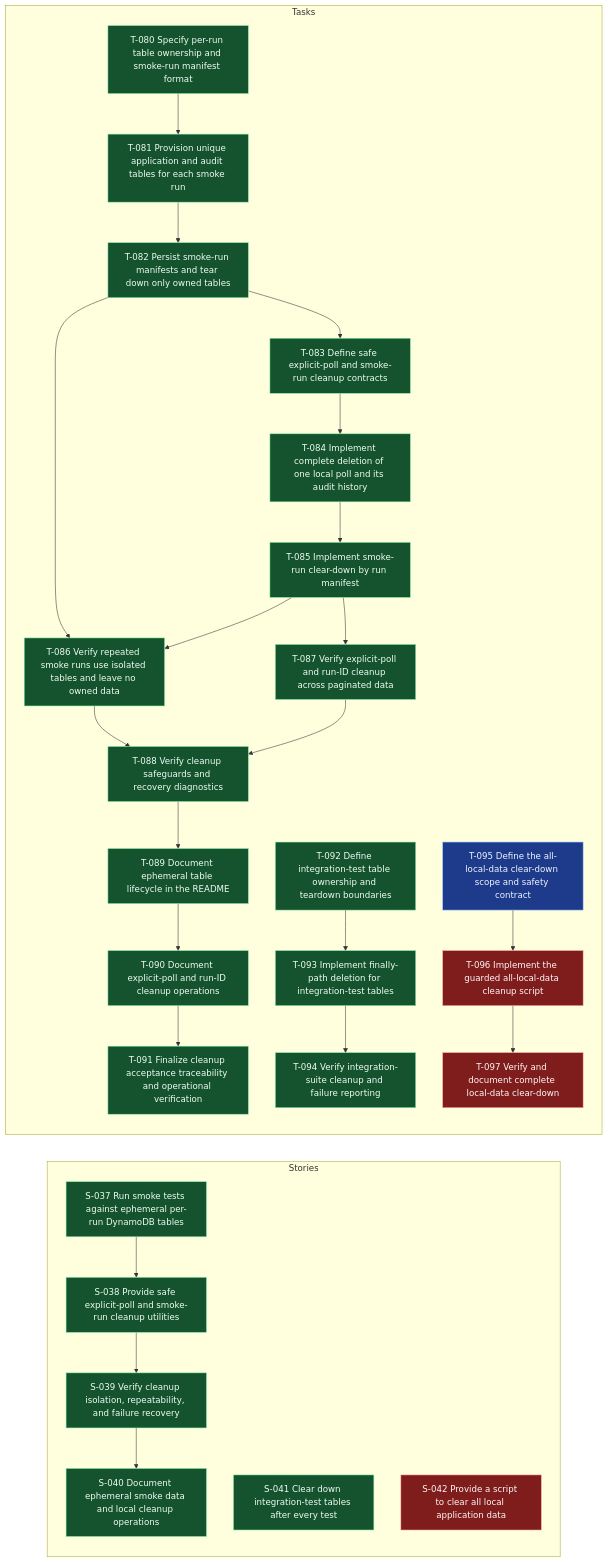
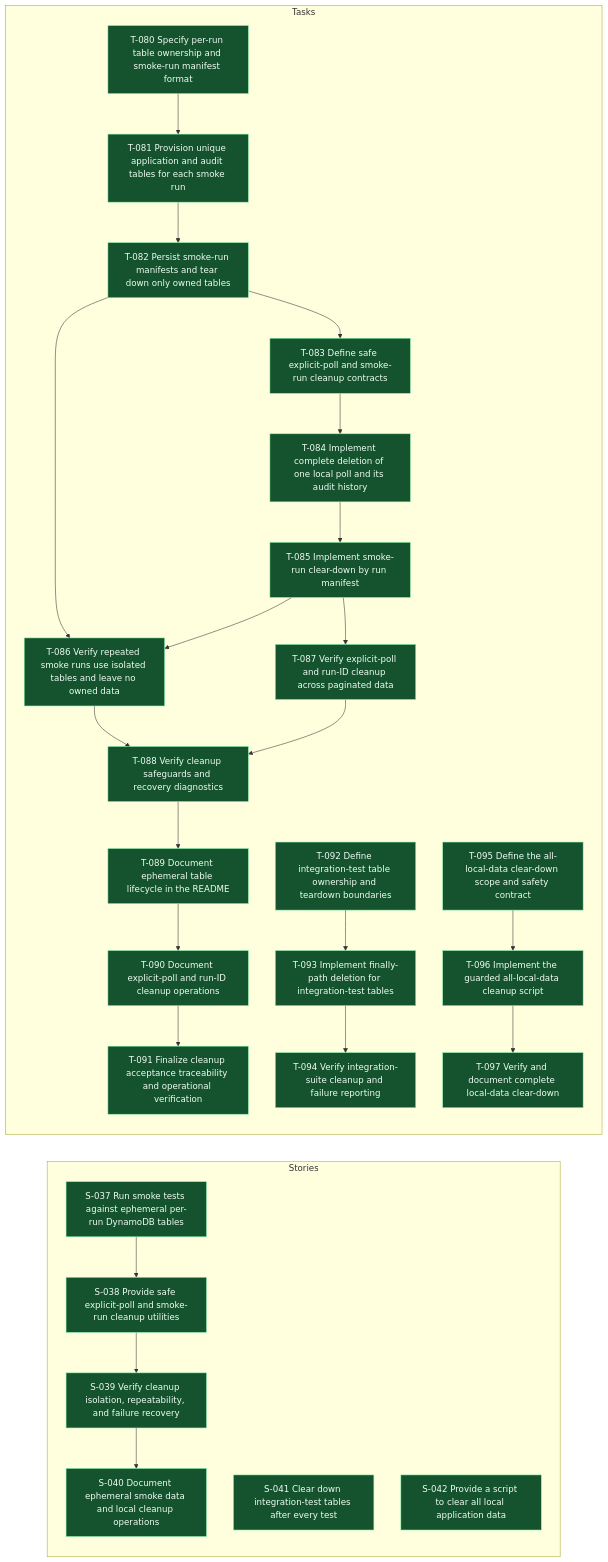
Before and after one commit to andybalham/invite-agent: the diagram in .worktracker/graphs/E-011.mmd, drawn with Mermaid. The commit also changed 16 other files, not shown here.

First line of the commit message:
feat: implement cleanup script for all local application data (S-042)

```diff
--- a/.worktracker/graphs/E-011.mmd
+++ b/.worktracker/graphs/E-011.mmd
@@ -1,78 +1,78 @@
 graph LR
   classDef done fill:#14532d,stroke:#86efac,color:#f0fdf4;
   classDef blocked fill:#7f1d1d,stroke:#fca5a5,color:#fff7f7;
   classDef inprogress fill:#78350f,stroke:#fbbf24,color:#fffbeb;
   classDef todo fill:#1e3a8a,stroke:#93c5fd,color:#eff6ff;
   classDef empty fill:#374151,stroke:#d1d5db,color:#f9fafb,stroke-dasharray: 3 3;
   subgraph Stories
     S037["S-037 Run smoke tests against ephemeral per-run DynamoDB tables"]:::done
     S038["S-038 Provide safe explicit-poll and smoke-run cleanup utilities"]:::done
     S039["S-039 Verify cleanup isolation, repeatability, and failure recovery"]:::done
     S040["S-040 Document ephemeral smoke data and local cleanup operations"]:::done
     S041["S-041 Clear down integration-test tables after every test"]:::done
-    S042["S-042 Provide a script to clear all local application data"]:::blocked
+    S042["S-042 Provide a script to clear all local application data"]:::done
     S037 --> S038
     S038 --> S039
     S039 --> S040
   end
   subgraph Tasks
     T080["T-080 Specify per-run table ownership and smoke-run manifest format"]:::done
     T081["T-081 Provision unique application and audit tables for each smoke run"]:::done
     T082["T-082 Persist smoke-run manifests and tear down only owned tables"]:::done
     T083["T-083 Define safe explicit-poll and smoke-run cleanup contracts"]:::done
     T084["T-084 Implement complete deletion of one local poll and its audit history"]:::done
     T085["T-085 Implement smoke-run clear-down by run manifest"]:::done
     T086["T-086 Verify repeated smoke runs use isolated tables and leave no owned data"]:::done
     T087["T-087 Verify explicit-poll and run-ID cleanup across paginated data"]:::done
     T088["T-088 Verify cleanup safeguards and recovery diagnostics"]:::done
     T089["T-089 Document ephemeral table lifecycle in the README"]:::done
     T090["T-090 Document explicit-poll and run-ID cleanup operations"]:::done
     T091["T-091 Finalize cleanup acceptance traceability and operational verification"]:::done
     T092["T-092 Define integration-test table ownership and teardown boundaries"]:::done
     T093["T-093 Implement finally-path deletion for integration-test tables"]:::done
     T094["T-094 Verify integration-suite cleanup and failure reporting"]:::done
-    T095["T-095 Define the all-local-data clear-down scope and safety contract"]:::todo
-    T096["T-096 Implement the guarded all-local-data cleanup script"]:::blocked
-    T097["T-097 Verify and document complete local-data clear-down"]:::blocked
+    T095["T-095 Define the all-local-data clear-down scope and safety contract"]:::done
+    T096["T-096 Implement the guarded all-local-data cleanup script"]:::done
+    T097["T-097 Verify and document complete local-data clear-down"]:::done
     T080 --> T081
     T081 --> T082
     T082 --> T083
     T082 --> T086
     T083 --> T084
     T084 --> T085
     T085 --> T086
     T085 --> T087
     T086 --> T088
     T087 --> T088
     T088 --> T089
     T089 --> T090
     T090 --> T091
     T092 --> T093
     T093 --> T094
     T095 --> T096
     T096 --> T097
   end
   click S037 "../entities/S-037-run-smoke-tests-against-ephemeral-per-run-dynamodb-tables.md"
   click S038 "../entities/S-038-provide-safe-explicit-poll-and-smoke-run-cleanup-utilities.md"
   click S039 "../entities/S-039-verify-cleanup-isolation-repeatability-and-failure-recovery.md"
   click S040 "../entities/S-040-document-ephemeral-smoke-data-and-local-cleanup-operations.md"
   click S041 "../entities/S-041-clear-down-integration-test-tables-after-every-test.md"
   click S042 "../entities/S-042-provide-a-script-to-clear-all-local-application-data.md"
   click T080 "../entities/T-080-specify-per-run-table-ownership-and-smoke-run-manifest-format.md"
   click T081 "../entities/T-081-provision-unique-application-and-audit-tables-for-each-smoke-run.md"
   click T082 "../entities/T-082-persist-smoke-run-manifests-and-tear-down-only-owned-tables.md"
   click T083 "../entities/T-083-define-safe-explicit-poll-and-smoke-run-cleanup-contracts.md"
   click T084 "../entities/T-084-implement-complete-deletion-of-one-local-poll-and-its-audit-history.md"
   click T085 "../entities/T-085-implement-smoke-run-clear-down-by-run-manifest.md"
   click T086 "../entities/T-086-verify-repeated-smoke-runs-use-isolated-tables-and-leave-no-owned-data.md"
   click T087 "../entities/T-087-verify-explicit-poll-and-run-id-cleanup-across-paginated-data.md"
   click T088 "../entities/T-088-verify-cleanup-safeguards-and-recovery-diagnostics.md"
   click T089 "../entities/T-089-document-ephemeral-table-lifecycle-in-the-readme.md"
   click T090 "../entities/T-090-document-explicit-poll-and-run-id-cleanup-operations.md"
   click T091 "../entities/T-091-finalize-cleanup-acceptance-traceability-and-operational-verification.md"
   click T092 "../entities/T-092-define-integration-test-table-ownership-and-teardown-boundaries.md"
   click T093 "../entities/T-093-implement-finally-path-deletion-for-integration-test-tables.md"
   click T094 "../entities/T-094-verify-integration-suite-cleanup-and-failure-reporting.md"
   click T095 "../entities/T-095-define-the-all-local-data-clear-down-scope-and-safety-contract.md"
   click T096 "../entities/T-096-implement-the-guarded-all-local-data-cleanup-script.md"
   click T097 "../entities/T-097-verify-and-document-complete-local-data-clear-down.md"
```
